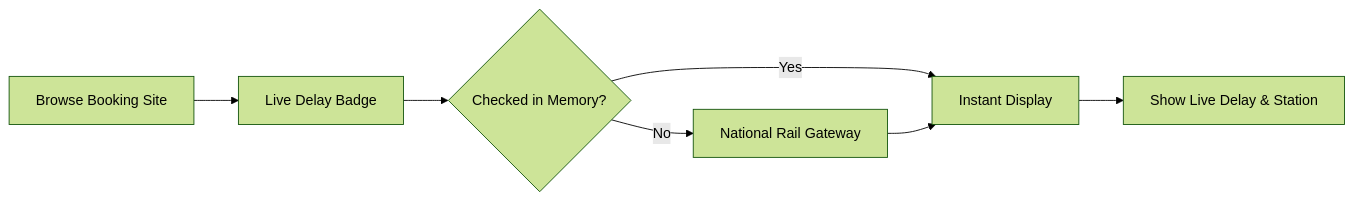
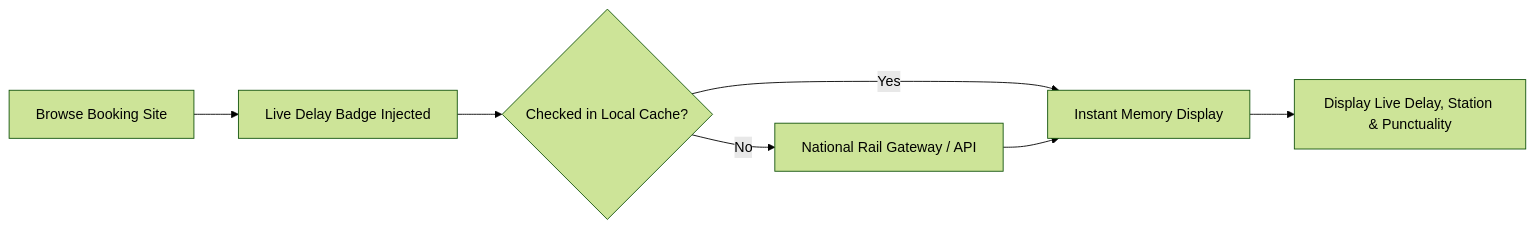
The first of 2 diagrams in README.md (RajdipGhosh99/live-train-running-status-browser-extension), drawn with Mermaid (forest theme) before and after one commit. The commit also changed other lines of this file, not shown here.

````diff
--- a/README.md
+++ b/README.md
@@ -83,9 +107,9 @@
 ```mermaid
 flowchart LR
-    A[Browse Booking Site] --> B[Live Delay Badge]
-    B --> C{Checked in Memory?}
-    C -->|Yes| D[Instant Display]
-    C -->|No| E[National Rail Gateway]
+    A[Browse Booking Site] --> B[Live Delay Badge Injected]
+    B --> C{Checked in Local Cache?}
+    C -->|Yes| D[Instant Memory Display]
+    C -->|No| E[National Rail Gateway / API]
     E --> D
-    D --> F[Show Live Delay & Station]
+    D --> F[Display Live Delay, Station & Punctuality]
 ```
````
